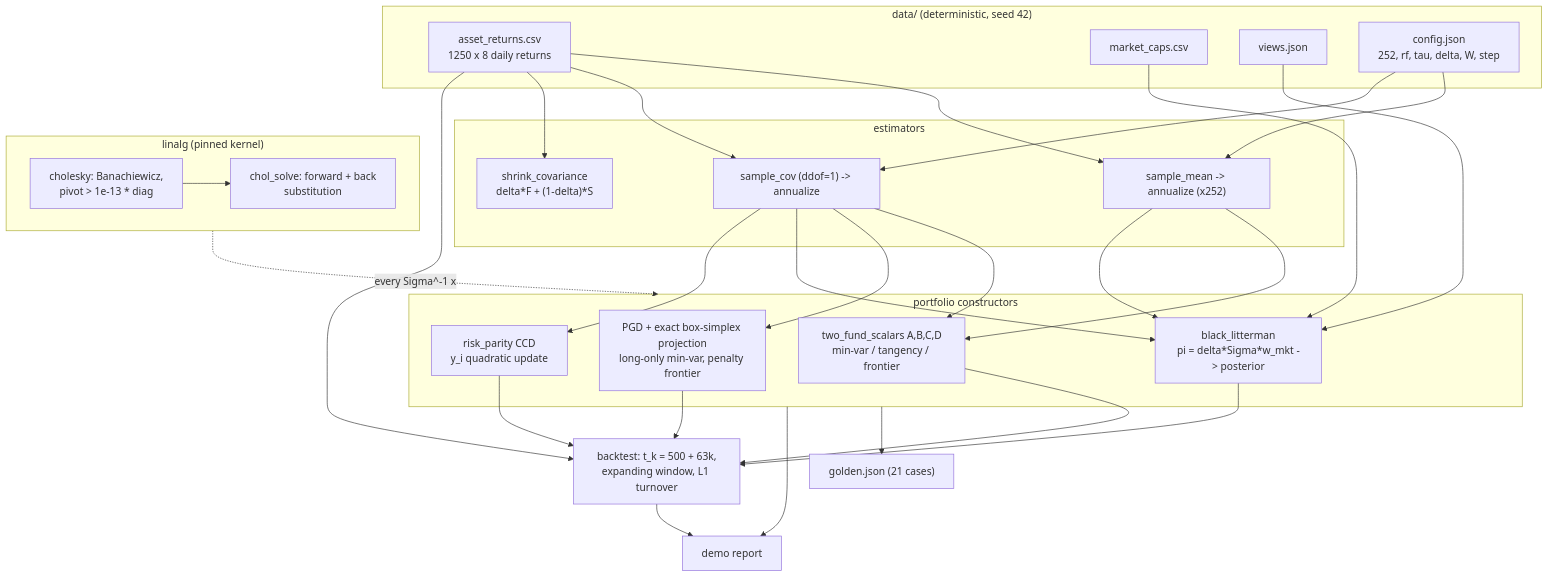
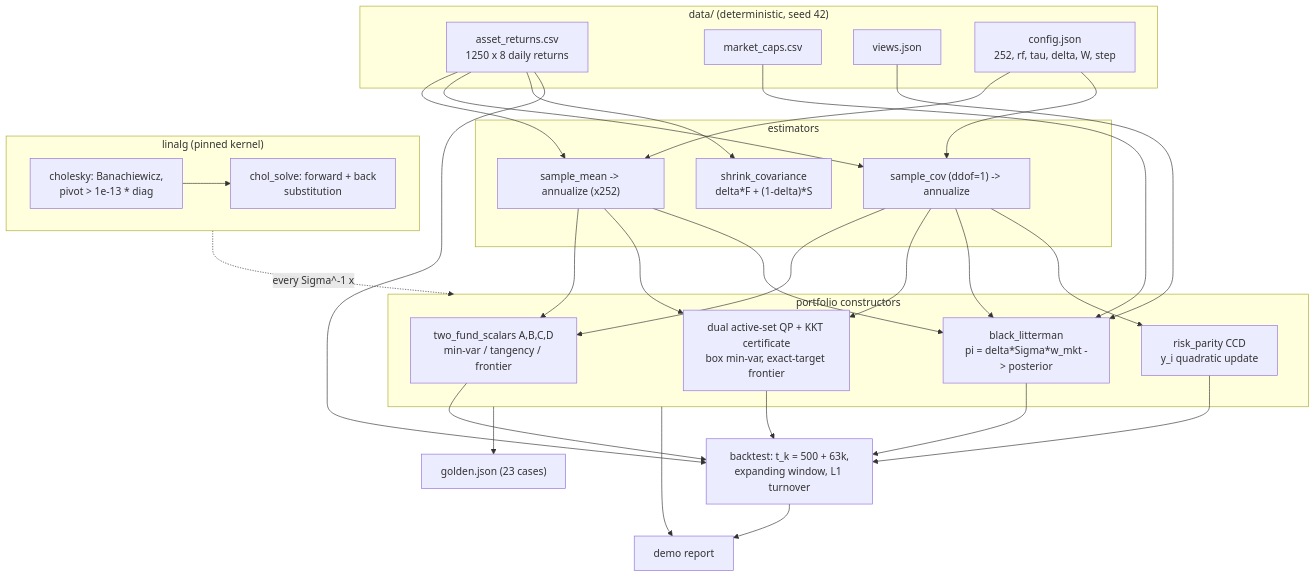
Before and after one commit to AshJha0/portfolio-construction: the first of 3 diagrams in docs/ARCHITECTURE.md, drawn with Mermaid. The commit also changed other lines of this file and 75 other files, not shown here.

````diff
--- a/docs/ARCHITECTURE.md
+++ b/docs/ARCHITECTURE.md
@@ -29,55 +32,56 @@
 ```mermaid
 flowchart TD
     subgraph DATA["data/ (deterministic, seed 42)"]
         RET[asset_returns.csv<br/>1250 x 8 daily returns]
         CAPS[market_caps.csv]
         VIEWS[views.json]
         CFG[config.json<br/>252, rf, tau, delta, W, step]
     end
 
     subgraph EST["estimators"]
         MU["sample_mean -> annualize (x252)"]
         COV["sample_cov (ddof=1) -> annualize"]
         LW["shrink_covariance<br/>delta*F + (1-delta)*S"]
     end
 
     subgraph LA["linalg (pinned kernel)"]
         CHOL["cholesky: Banachiewicz,<br/>pivot > 1e-13 * diag"]
         SOLVE["chol_solve: forward + back<br/>substitution"]
     end
 
     subgraph OPT["portfolio constructors"]
         TF["two_fund_scalars A,B,C,D<br/>min-var / tangency / frontier"]
-        PGD["PGD + exact box-simplex projection<br/>long-only min-var, penalty frontier"]
+        QP["dual active-set QP + KKT certificate<br/>box min-var, exact-target frontier"]
         BL["black_litterman<br/>pi = delta*Sigma*w_mkt -> posterior"]
         RP["risk_parity CCD<br/>y_i quadratic update"]
     end
 
     BT["backtest: t_k = 500 + 63k,<br/>expanding window, L1 turnover"]
-    OUTG["golden.json (21 cases)"]
+    OUTG["golden.json (23 cases)"]
     OUTD["demo report"]
 
     RET --> MU
     RET --> COV
     RET --> LW
     CFG --> MU
     CFG --> COV
     COV --> TF
-    COV --> PGD
+    COV --> QP
     COV --> BL
     COV --> RP
     MU --> TF
+    MU --> QP
     MU --> BL
     CAPS --> BL
     VIEWS --> BL
     CHOL --> SOLVE
     LA -. "every Sigma^-1 x" .-> OPT
     TF --> BT
-    PGD --> BT
+    QP --> BT
     BL --> BT
     RP --> BT
     RET --> BT
     BT --> OUTD
     OPT --> OUTG
     OPT --> OUTD
 ```
````
